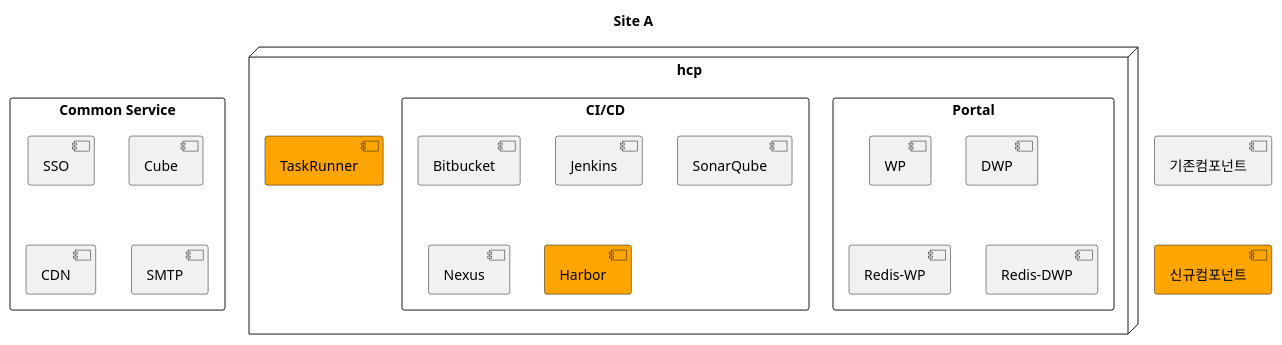
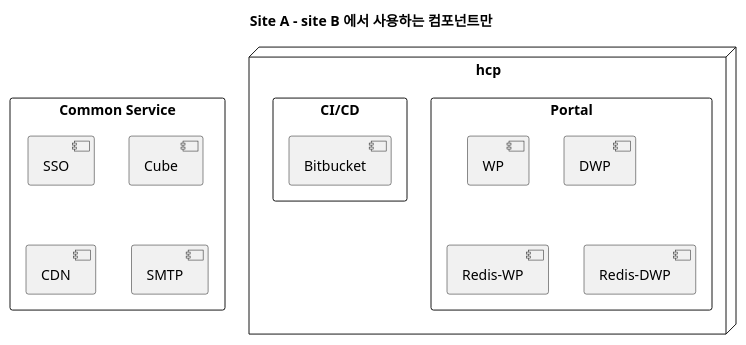
One commit to kloudbank/htdp1.github.io changed the first of 5 diagrams in docs/src/multi-cloud/diagram.md. Above: the diagram before and after it, drawn with PlantUML. The commit also changed other lines of this file, not shown here.

Commit message:
add multicloud

```diff
--- a/docs/src/multi-cloud/diagram.md
+++ b/docs/src/multi-cloud/diagram.md
@@ -2,31 +2,23 @@
 @startuml
 
-title "Site A"
-
-[기존컴포넌트] as old
-[신규컴포넌트] as new #orange
-old -[hidden]d-> new
+scale 1
+title "Site A - site B 에서 사용하는 컴포넌트만"
 
 rectangle "Common Service" as a_comm {
     [SSO] as a_comm_sso
     [Cube] as a_comm_cube
     [CDN] as a_comm_cnd
     [SMTP] as a_comm_smtp
 }
 node "hcp" as hcp {
     rectangle "Portal" as a_portal {
         [WP] as hcp_portal_wp
         [DWP] as hcp_portal_dwp
         [Redis-WP] as hcp_portal_rediswp
         [Redis-DWP] as hcp_portal_redisdwp
     }
     rectangle "CI/CD" as hcp_cicd {
         [Bitbucket] as hcp_cicd_bitbucket
-        [Jenkins] as hcp_cicd_jenkins
-        [SonarQube] as hcp_cicd_sonarqube
-        [Nexus] as hcp_cicd_nexus
-        [Harbor] as hcp_cicd_harbor #orange
     }
-    [TaskRunner] as hcp_cicd_taskrunner #orange
 }
 @enduml
```
